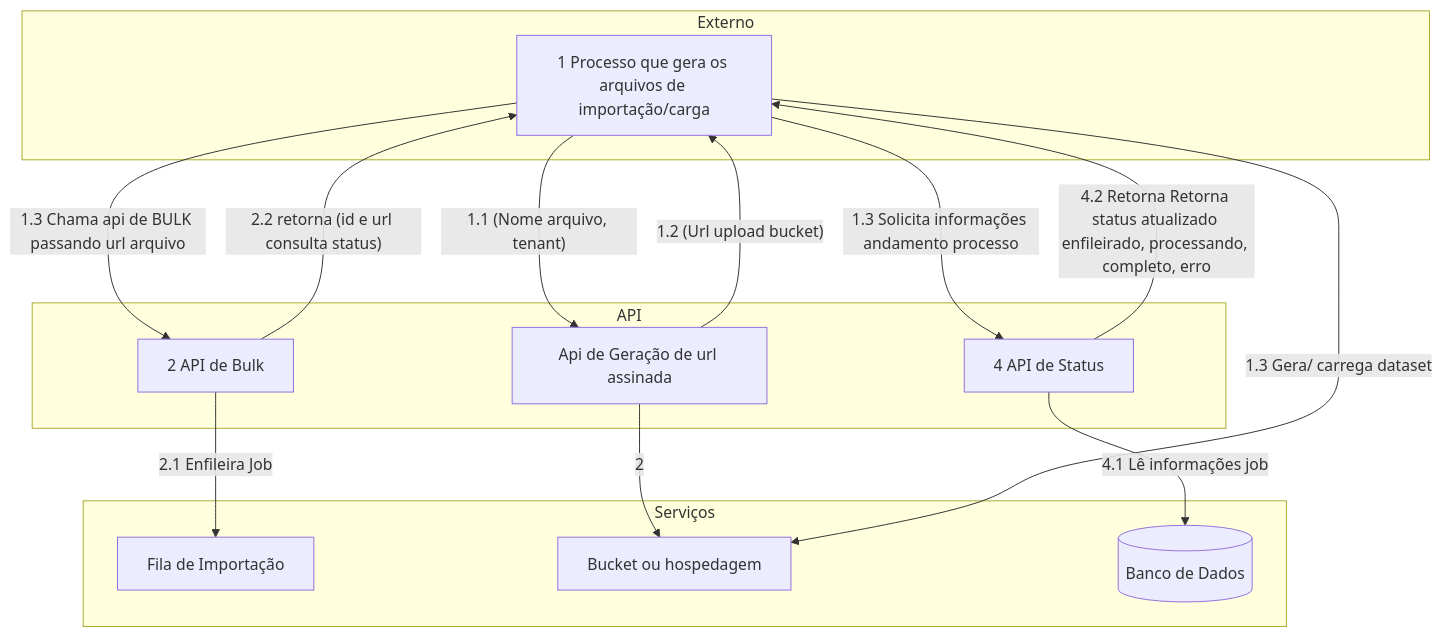
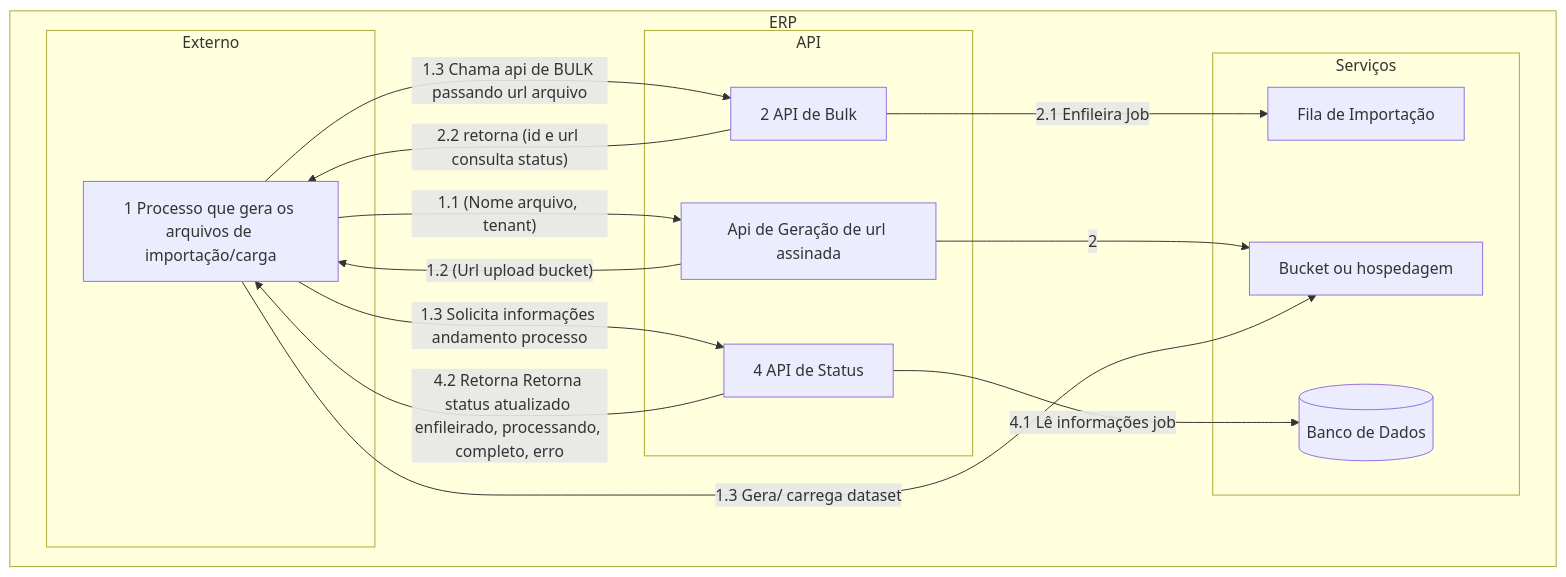
Before and after one commit to keysonmota/drafts: the first of 4 diagrams in docs/arquitetura.md, drawn with Mermaid. The commit also changed other lines of this file, not shown here.

Commit message:
Melhoria Desenho do fluxo global, Agrupamento.

````diff
--- a/docs/arquitetura.md
+++ b/docs/arquitetura.md
@@ -17,47 +17,50 @@
 ``` mermaid
 flowchart TD
-    CLIENT[1 Processo que gera os arquivos de importação/carga]
-    API_URL[Api de Geração de url assinada]
-    API_ENF[2 API de Bulk]
-    QUEUE_IMP[Fila de Importação]
-    BUCKET[Bucket ou hospedagem]
-    BDWEB[(Banco de Dados)]
-    API_STATS[4 API de Status]
+    subgraph ERP
 
-    CLIENT --> |"1.1 (Nome arquivo, tenant)"| API_URL
-    API_URL --> |2| BUCKET
-    API_URL --> |"1.2 (Url upload bucket)"| CLIENT
-    CLIENT --> | 1.3 Gera/ carrega dataset| BUCKET
+        CLIENT[1 Processo que gera os arquivos de importação/carga]
+        API_URL[Api de Geração de url assinada]
+        API_ENF[2 API de Bulk]
+        QUEUE_IMP[Fila de Importação]
+        BUCKET[Bucket ou hospedagem]
+        BDWEB[(Banco de Dados)]
+        API_STATS[4 API de Status]
 
-    CLIENT --> |1.3 Chama api de BULK passando url arquivo| API_ENF
+        CLIENT --> |"1.1 (Nome arquivo, tenant)"| API_URL
+        API_URL --> |2| BUCKET
+        API_URL --> |"1.2 (Url upload bucket)"| CLIENT
+        CLIENT --> | 1.3 Gera/ carrega dataset| BUCKET
 
-    API_ENF --> |2.1 Enfileira Job| QUEUE_IMP
+        CLIENT --> |1.3 Chama api de BULK passando url arquivo| API_ENF
 
-    API_ENF -->|"2.2 retorna (id e url consulta status)"| CLIENT
+        API_ENF --> |2.1 Enfileira Job| QUEUE_IMP
 
-    CLIENT -->| 1.3 Solicita informações andamento processo| API_STATS
+        API_ENF -->|"2.2 retorna (id e url consulta status)"| CLIENT
 
-    API_STATS -->| 4.1 Lê informações job | BDWEB
+        CLIENT -->| 1.3 Solicita informações andamento processo| API_STATS
 
-    API_STATS -->| 4.2 Retorna Retorna status atualizado enfileirado, processando, completo, erro | CLIENT
+        API_STATS -->| 4.1 Lê informações job | BDWEB
 
-    subgraph API
-        API_URL
-        API_ENF
+        API_STATS -->| 4.2 Retorna Retorna status atualizado enfileirado, processando, completo, erro | CLIENT
 
-        API_STATS
+        subgraph API
+            API_URL
+            API_ENF
 
-    end
+            API_STATS
 
-    subgraph Externo
-        CLIENT
-    end
+        end
+
+        subgraph Externo
+            CLIENT
+        end
 
 
-    subgraph Serviços
-        QUEUE_IMP
-        BUCKET
-        BDWEB
+        subgraph Serviços
+            QUEUE_IMP
+            BUCKET
+            BDWEB
+        end
     end
 
 ```
````
